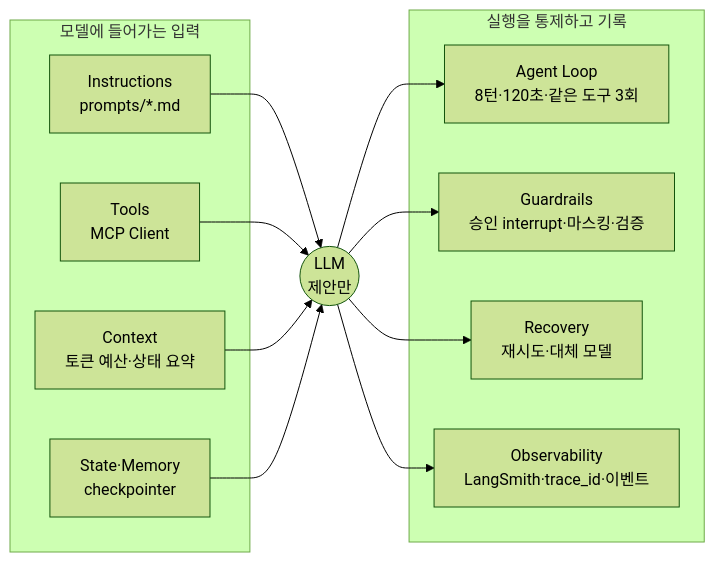
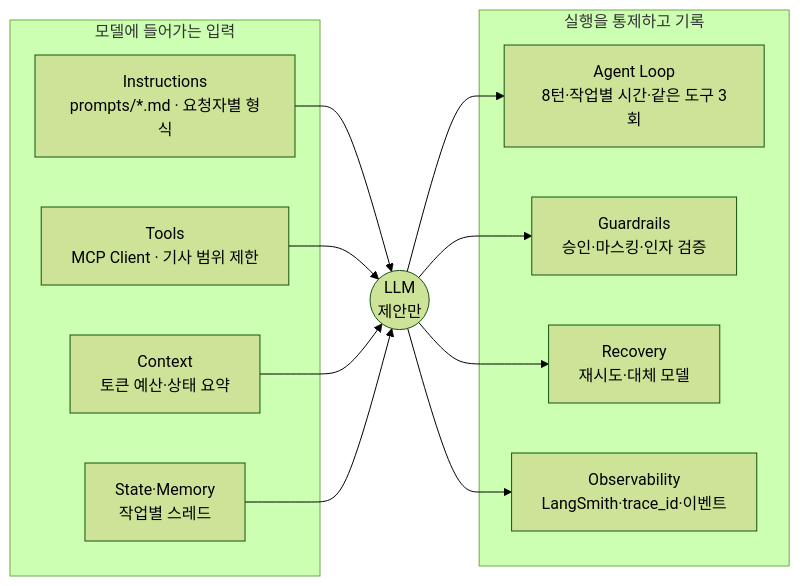
Before and after one commit to HuitaePark/seoul_bike: the first of 2 diagrams in docs/HARNESS.md, drawn with Mermaid (forest theme). The commit also changed other lines of this file and 2 other files, not shown here.

````diff
--- a/docs/HARNESS.md
+++ b/docs/HARNESS.md
@@ -31,17 +31,17 @@
 ```mermaid
 flowchart LR
   subgraph IN[모델에 들어가는 입력]
-    I[Instructions<br/>prompts/*.md]
-    T[Tools<br/>MCP Client]
+    I[Instructions<br/>prompts/*.md · 요청자별 형식]
+    T[Tools<br/>MCP Client · 기사 범위 제한]
     C[Context<br/>토큰 예산·상태 요약]
-    S[State·Memory<br/>checkpointer]
+    S[State·Memory<br/>작업별 스레드]
   end
   subgraph CTRL[실행을 통제하고 기록]
-    L[Agent Loop<br/>8턴·120초·같은 도구 3회]
-    G[Guardrails<br/>승인 interrupt·마스킹·검증]
+    L[Agent Loop<br/>8턴·작업별 시간·같은 도구 3회]
+    G[Guardrails<br/>승인·마스킹·인자 검증]
     R[Recovery<br/>재시도·대체 모델]
     O[Observability<br/>LangSmith·trace_id·이벤트]
   end
   I & T & C & S --> M((LLM<br/>제안만))
   M --> L & G & R & O
 ```
````
